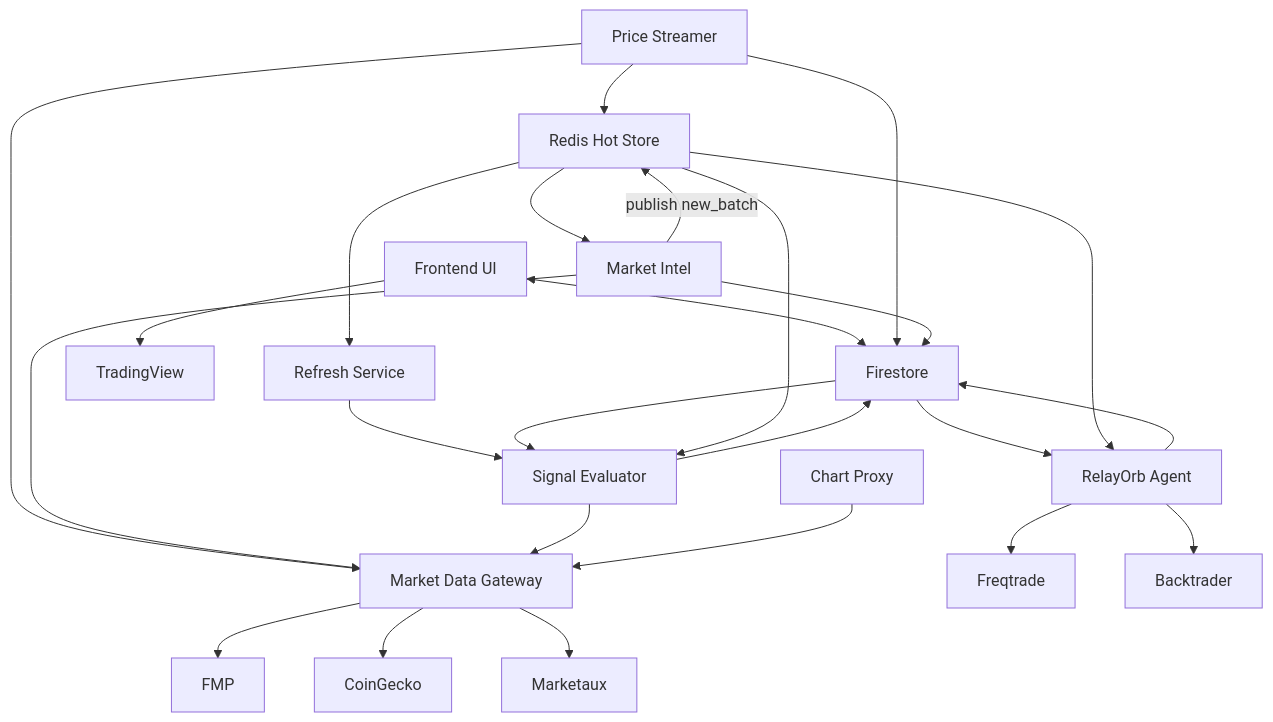
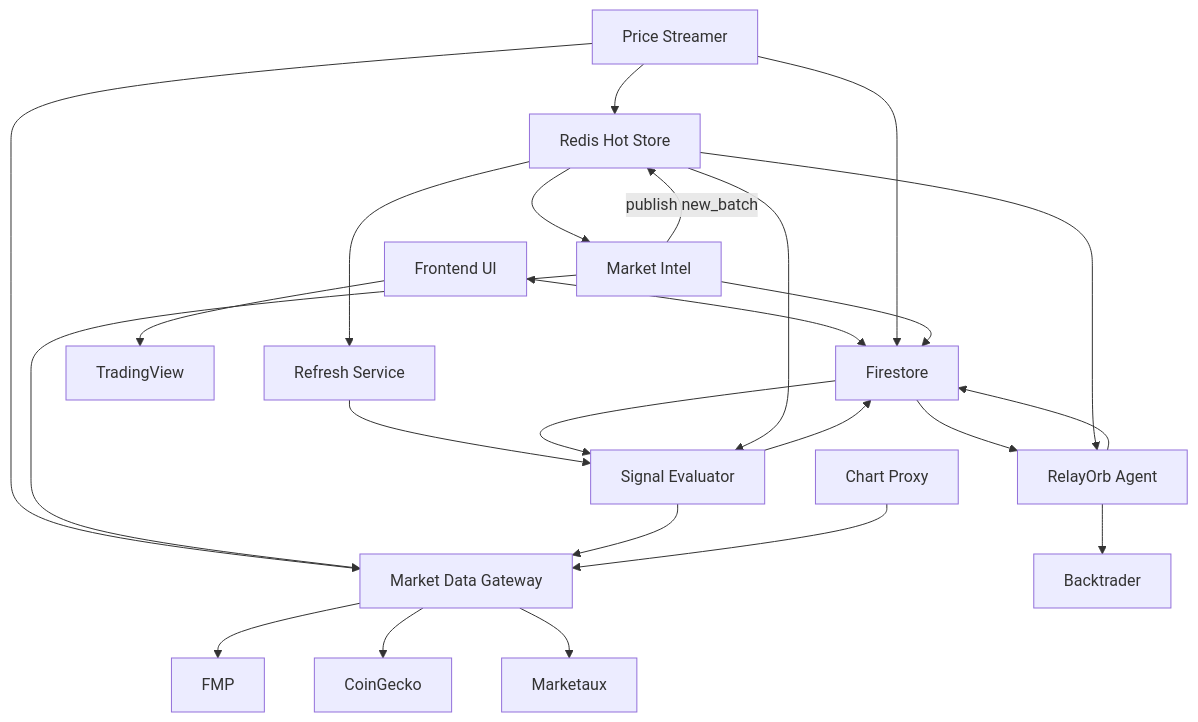
One commit to khalidsaidi/relayorb changed the diagram in ARCHITECTURE.md. Above: the diagram before and after it, drawn with Mermaid. The commit also changed other lines of this file and 32 other files, not shown here.

````diff
--- a/ARCHITECTURE.md
+++ b/ARCHITECTURE.md
@@ -78,30 +77,29 @@
 ```mermaid
 graph TD
   UI[Frontend UI] <--> FS[Firestore]
   PS[Price Streamer] --> FS
   MI[Market Intel] --> FS
   SE[Signal Evaluator] --> FS
   AG[RelayOrb Agent] --> FS
   REF[Refresh Service] --> SE
   FS --> AG
   FS --> SE
   PS --> RS[Redis Hot Store]
   RS --> MI
   RS --> SE
   RS --> AG
   RS --> REF
   MI -- "publish new_batch" --> RS
 
   PS --> MDG[Market Data Gateway]
   MI --> MDG
   SE --> MDG
   CP[Chart Proxy] --> MDG
 
   MDG --> FMP[FMP]
   MDG --> CG[CoinGecko]
   MDG --> MX[Marketaux]
 
-  AG --> FT[Freqtrade]
   AG --> BT[Backtrader]
   UI --> TV[TradingView]
 ```
````
